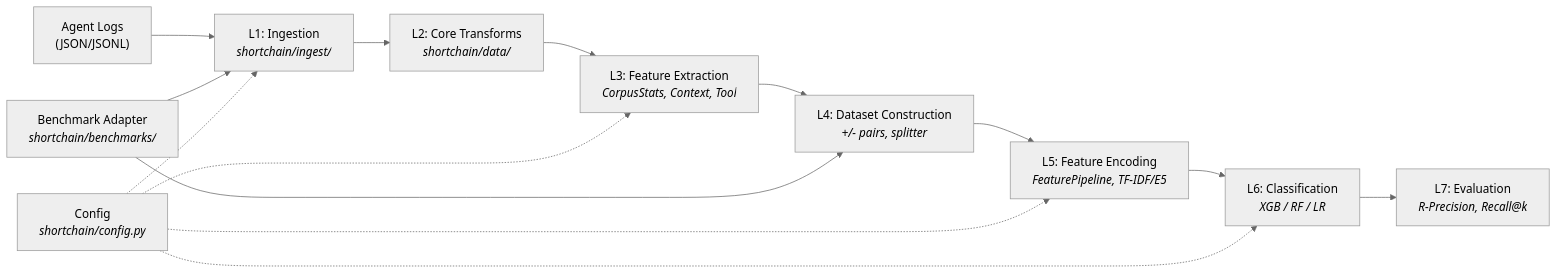
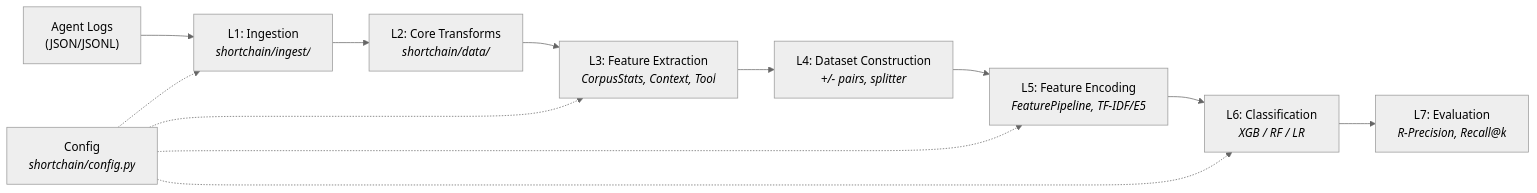
Before and after one commit to awab-ml/ShortChain: the first of 2 diagrams in docs/walkthrough.md, drawn with Mermaid (neutral theme). The commit also changed other lines of this file, not shown here.

Commit message:
docs: update walkthrough with latest architectural changes

````diff
--- a/docs/walkthrough.md
+++ b/docs/walkthrough.md
@@ -11,18 +11,15 @@
 ```mermaid
 graph LR
     A["Agent Logs<br/>(JSON/JSONL)"] --> B["L1: Ingestion<br/><i>shortchain/ingest/</i>"]
     B --> C["L2: Core Transforms<br/><i>shortchain/data/</i>"]
     C --> D["L3: Feature Extraction<br/><i>CorpusStats, Context, Tool</i>"]
     D --> E["L4: Dataset Construction<br/><i>+/- pairs, splitter</i>"]
     E --> F["L5: Feature Encoding<br/><i>FeaturePipeline, TF-IDF/E5</i>"]
     F --> G["L6: Classification<br/><i>XGB / RF / LR</i>"]
     G --> H["L7: Evaluation<br/><i>R-Precision, Recall@k</i>"]
 
-    I["Benchmark Adapter<br/><i>shortchain/benchmarks/</i>"] --> B
-    I --> E
-
     J["Config<br/><i>shortchain/config.py</i>"] -.-> B
     J -.-> D
     J -.-> F
     J -.-> G
 ```
````
